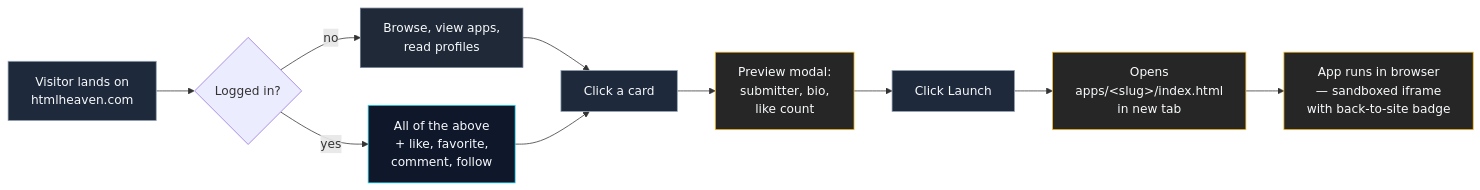
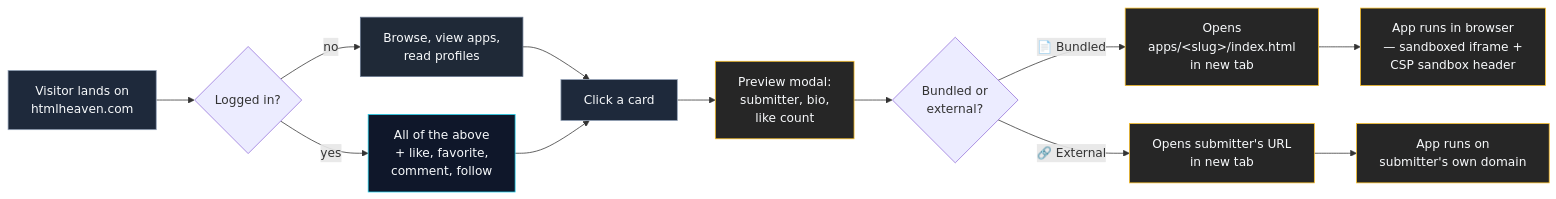
Before and after one commit to GergelyKrista/html-heaven: the second of 2 diagrams in README.md, drawn with Mermaid. The commit also changed other lines of this file and 15 other files, not shown here.

First line of the commit message:
Reddit-feedback cleanup: LICENSE, reframed copy, external-hosted apps (#34)

````diff
--- a/README.md
+++ b/README.md
@@ -110,17 +105,19 @@
 ```mermaid
 flowchart LR
     A[Visitor lands on<br>htmlheaven.com]:::user --> B{Logged in?}
     B -- no --> C[Browse, view apps,<br>read profiles]:::anon
     B -- yes --> D[All of the above<br>+ like, favorite,<br>comment, follow]:::auth
     C --> E[Click a card]:::user
     D --> E
     E --> F[Preview modal:<br>submitter, bio,<br>like count]:::app
-    F --> G[Click Launch]:::user
-    G --> H[Opens<br>apps/&lt;slug&gt;/index.html<br>in new tab]:::app
-    H --> I[App runs in browser<br>— sandboxed iframe<br>with back-to-site badge]:::app
+    F --> G{Bundled or<br>external?}
+    G -- "📄 Bundled" --> H1[Opens<br>apps/&lt;slug&gt;/index.html<br>in new tab]:::app
+    G -- "🔗 External" --> H2[Opens submitter's URL<br>in new tab]:::app
+    H1 --> I1[App runs in browser<br>— sandboxed iframe +<br>CSP sandbox header]:::app
+    H2 --> I2[App runs on<br>submitter's own domain]:::app
 
     classDef user fill:#1e293b,stroke:#94a3b8,color:#f8fafc
     classDef anon fill:#1f2937,stroke:#64748b,color:#f8fafc
     classDef auth fill:#0f172a,stroke:#22d3ee,color:#f8fafc
     classDef app fill:#262626,stroke:#fbbf24,color:#f8fafc
 ```
````
